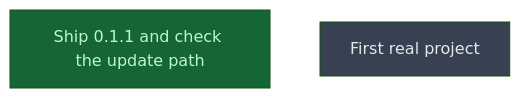
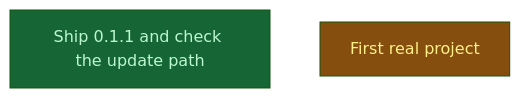
Before and after one commit to CrackingShells/Murmuration: the diagram in __roadmap__/claude_code_release/next/next/next/next/next/README.md, drawn with Mermaid (forest theme). The commit also changed other lines of this file and 2 other files, not shown here.

Commit message:
docs(roadmap): record the first real project set up as a lab
youzuoqi (Context Sustainability) runs murmuration@cracking-shells 0.1.1
at project scope. The Desktop-worktree gate stays open: it was checked
with a plain git worktree only.

````diff
--- a/__roadmap__/claude_code_release/next/next/next/next/next/README.md
+++ b/__roadmap__/claude_code_release/next/next/next/next/next/README.md
@@ -16,10 +16,10 @@
 ```mermaid
 graph TD
     ship_update[Ship 0.1.1 and check the update path]:::done
-    next[First real project]:::planned
+    next[First real project]:::inprogress
     classDef done       fill:#166534,color:#bbf7d0
     classDef inprogress fill:#854d0e,color:#fef08a
     classDef planned    fill:#374151,color:#e5e7eb
     classDef amendment  fill:#1e3a5f,color:#bfdbfe
     classDef blocked    fill:#7f1d1d,color:#fecaca
 ```
````
